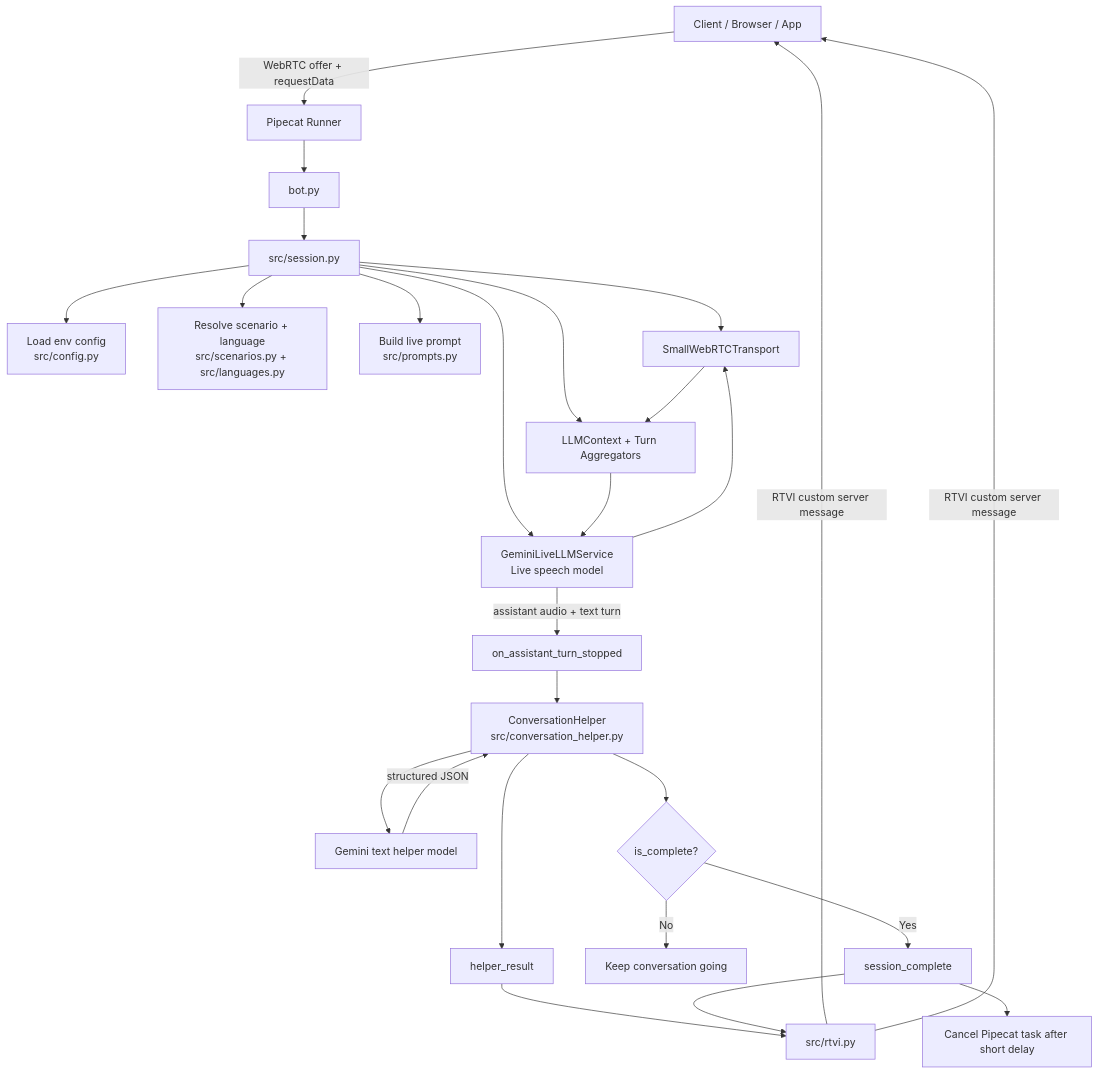
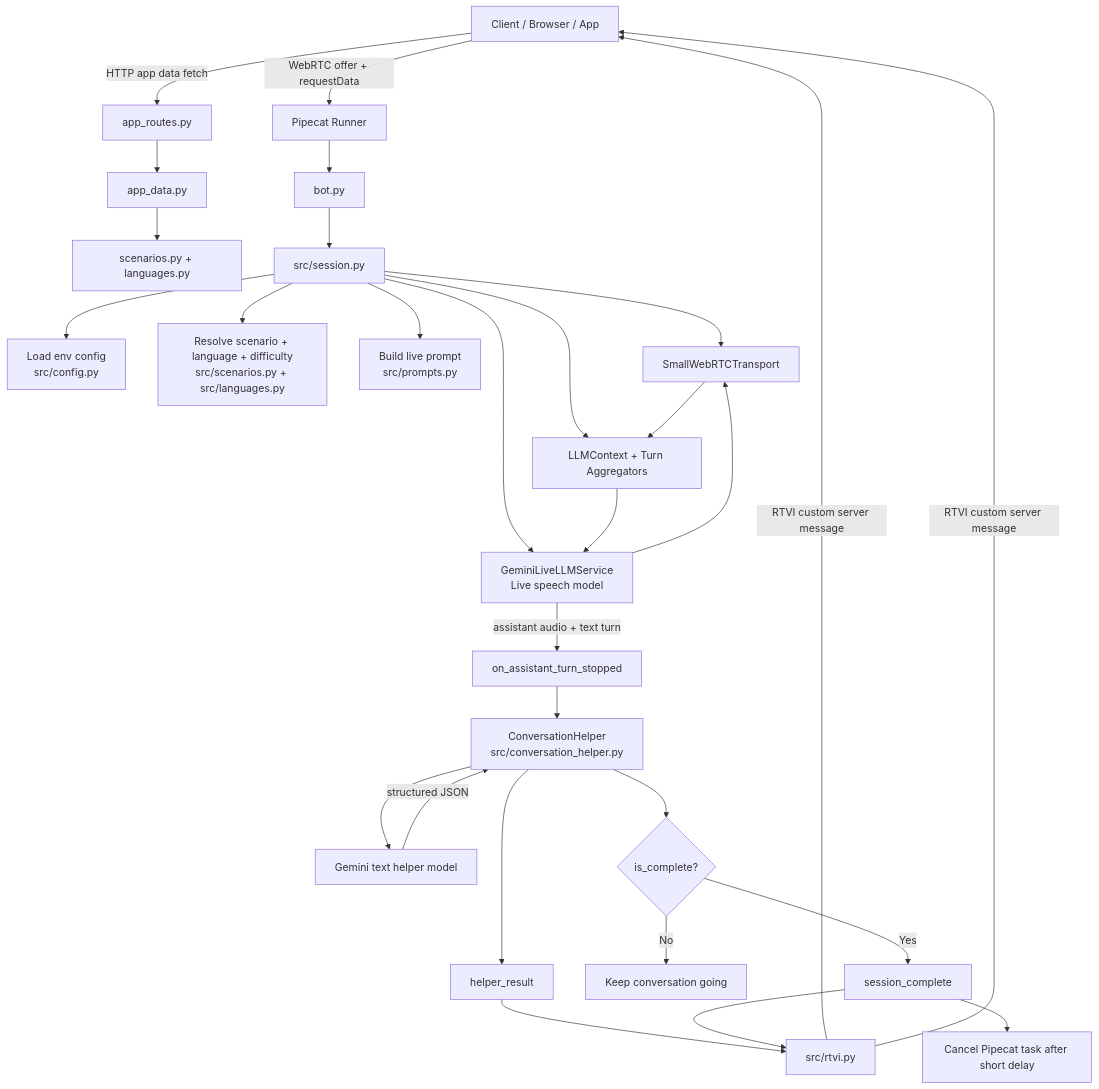
One commit to adityabhattad2021/talkthrough changed the diagram in server/ARCHITECTURE.md. Above: the diagram before and after it, drawn with Mermaid. The commit also changed other lines of this file and 14 other files, not shown here.

Commit message:
feat: add app logic routes

````diff
--- a/server/ARCHITECTURE.md
+++ b/server/ARCHITECTURE.md
@@ -14,34 +59,38 @@
 ```mermaid
 flowchart TD
-    A["Client / Browser / App"] -->|WebRTC offer + requestData| B["Pipecat Runner"]
-    B --> C["bot.py"]
-    C --> D["src/session.py"]
+    A["Client / Browser / App"] -->|HTTP app data fetch| B["app_routes.py"]
+    B --> C["app_data.py"]
+    C --> D["scenarios.py + languages.py"]
 
-    D --> E["Load env config<br/>src/config.py"]
-    D --> F["Resolve scenario + language<br/>src/scenarios.py + src/languages.py"]
-    D --> G["Build live prompt<br/>src/prompts.py"]
+    A -->|WebRTC offer + requestData| E["Pipecat Runner"]
+    E --> F["bot.py"]
+    F --> G["src/session.py"]
 
-    D --> H["SmallWebRTCTransport"]
-    D --> I["LLMContext + Turn Aggregators"]
-    D --> J["GeminiLiveLLMService<br/>Live speech model"]
+    G --> H["Load env config<br/>src/config.py"]
+    G --> I["Resolve scenario + language + difficulty<br/>src/scenarios.py + src/languages.py"]
+    G --> J["Build live prompt<br/>src/prompts.py"]
 
-    H --> I
-    I --> J
-    J --> H
+    G --> K["SmallWebRTCTransport"]
+    G --> L["LLMContext + Turn Aggregators"]
+    G --> M["GeminiLiveLLMService<br/>Live speech model"]
 
-    J -->|assistant audio + text turn| K["on_assistant_turn_stopped"]
-    K --> L["ConversationHelper<br/>src/conversation_helper.py"]
-    L --> M["Gemini text helper model"]
+    K --> L
+    L --> M
+    M --> K
 
-    M -->|structured JSON| L
-    L --> N["helper_result"]
-    N --> O["src/rtvi.py"]
-    O -->|RTVI custom server message| A
+    M -->|assistant audio + text turn| N["on_assistant_turn_stopped"]
+    N --> O["ConversationHelper<br/>src/conversation_helper.py"]
+    O --> P["Gemini text helper model"]
 
-    L --> P{"is_complete?"}
-    P -->|No| Q["Keep conversation going"]
-    P -->|Yes| R["session_complete"]
-    R --> O
-    O -->|RTVI custom server message| A
-    R --> S["Cancel Pipecat task after short delay"]
+    P -->|structured JSON| O
+    O --> Q["helper_result"]
+    Q --> R["src/rtvi.py"]
+    R -->|RTVI custom server message| A
+
+    O --> S{"is_complete?"}
+    S -->|No| T["Keep conversation going"]
+    S -->|Yes| U["session_complete"]
+    U --> R
+    R -->|RTVI custom server message| A
+    U --> V["Cancel Pipecat task after short delay"]
 ```
````
